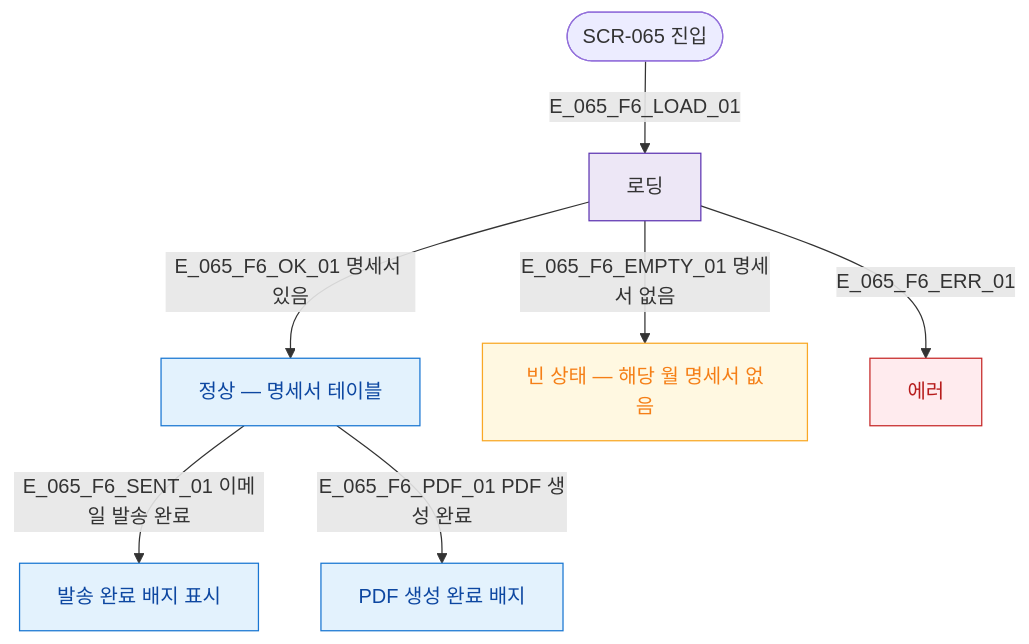
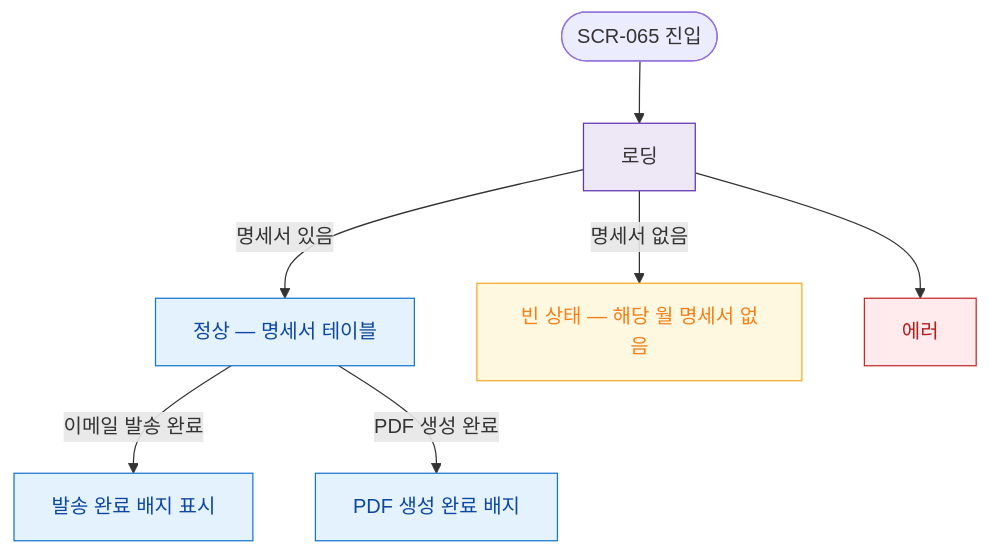
One commit to dev-spogym/admin-pando changed the diagram in docs/다이어그램/D07_직원관리/SCR-065_급여명세서/F6_상태별화면.md. Above: the diagram before and after it, drawn with Mermaid. The commit also changed other lines of this file and 1660 other files, not shown here.

First line of the commit message:
다이어그램: 기획자/클라이언트 납품본으로 정리

````diff
--- a/docs/다이어그램/D07_직원관리/SCR-065_급여명세서/F6_상태별화면.md
+++ b/docs/다이어그램/D07_직원관리/SCR-065_급여명세서/F6_상태별화면.md
@@ -14,22 +12,22 @@
 ```mermaid
 flowchart TD
   ENTER([SCR-065 진입])
-  ENTER -->|E_065_F6_LOAD_01| STATE_LOADING[로딩]
-  STATE_LOADING -->|E_065_F6_OK_01 명세서 있음| STATE_NORMAL[정상 — 명세서 테이블]
-  STATE_LOADING -->|E_065_F6_EMPTY_01 명세서 없음| STATE_EMPTY[빈 상태 — 해당 월 명세서 없음]
-  STATE_LOADING -->|E_065_F6_ERR_01| STATE_ERR[에러]
+  ENTER --> STATE_LOADING[로딩]
+  STATE_LOADING -->|명세서 있음|STATE_NORMAL[정상 — 명세서 테이블]
+  STATE_LOADING -->|명세서 없음|STATE_EMPTY[빈 상태 — 해당 월 명세서 없음]
+  STATE_LOADING --> STATE_ERR[에러]
 
-  STATE_NORMAL -->|E_065_F6_SENT_01 이메일 발송 완료| STATE_SENT[발송 완료 배지 표시]
-  STATE_NORMAL -->|E_065_F6_PDF_01 PDF 생성 완료| STATE_PDF[PDF 생성 완료 배지]
+  STATE_NORMAL -->|이메일 발송 완료|STATE_SENT[발송 완료 배지 표시]
+  STATE_NORMAL -->|PDF 생성 완료|STATE_PDF[PDF 생성 완료 배지]
 
-  classDef screen  fill:#E3F2FD,stroke:#1976D2,color:#0D47A1
-  classDef system  fill:#EDE7F6,stroke:#5E35B2
-  classDef error   fill:#FFEBEE,stroke:#C62828,color:#B71C1C
+  classDef screen fill:#E3F2FD,stroke:#1976D2,color:#0D47A1
+  classDef system fill:#EDE7F6,stroke:#5E35B2
+  classDef error fill:#FFEBEE,stroke:#C62828,color:#B71C1C
   classDef warning fill:#FFF8E1,stroke:#F9A825,color:#F57F17
   classDef success fill:#E8F5E9,stroke:#2E7D32,color:#1B5E20
 
   class STATE_NORMAL,STATE_SENT,STATE_PDF screen
   class STATE_LOADING system
   class STATE_ERR error
   class STATE_EMPTY warning
 ```
````
